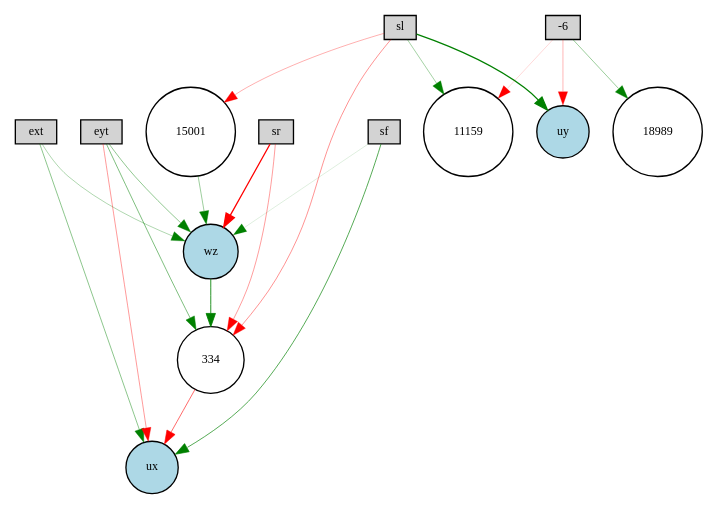
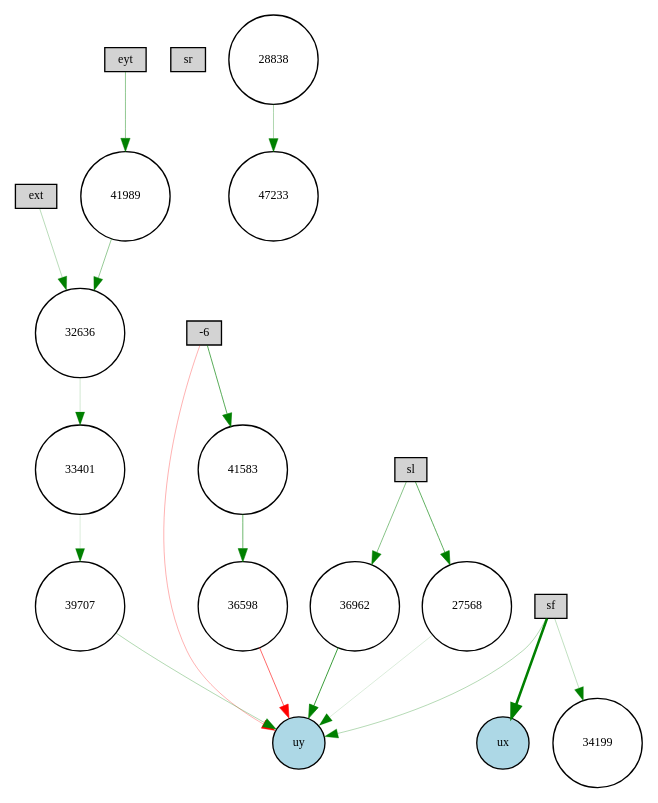
The diagram in pictures_ff/winner-feedforward-enabled.gv (KaiL4eK/autopilot_simulator), drawn with Graphviz before and after one commit. The commit also changed 22 other files, not shown here.

```diff
--- a/pictures_ff/winner-feedforward-enabled.gv
+++ b/pictures_ff/winner-feedforward-enabled.gv
@@ -1,35 +1,40 @@
 digraph {
 	node [fontsize=9 height=0.2 shape=circle width=0.2]
 	ext [fillcolor=lightgray shape=box style=filled]
 	eyt [fillcolor=lightgray shape=box style=filled]
 	sf [fillcolor=lightgray shape=box style=filled]
 	sl [fillcolor=lightgray shape=box style=filled]
 	sr [fillcolor=lightgray shape=box style=filled]
 	-6 [fillcolor=lightgray shape=box style=filled]
 	ux [fillcolor=lightblue style=filled]
 	uy [fillcolor=lightblue style=filled]
-	wz [fillcolor=lightblue style=filled]
-	18989 [fillcolor=white style=filled]
-	334 [fillcolor=white style=filled]
-	11159 [fillcolor=white style=filled]
-	15001 [fillcolor=white style=filled]
-	ext -> wz [color=green penwidth=0.23900137551456396 style=solid]
-	ext -> ux [color=green penwidth=0.3443340158729258 style=solid]
-	sr -> 334 [color=red penwidth=0.29239643180974584 style=solid]
-	sl -> 11159 [color=green penwidth=0.26736552740419195 style=solid]
-	eyt -> wz [color=green penwidth=0.3328007445047366 style=solid]
-	334 -> ux [color=red penwidth=0.43684043126163496 style=solid]
-	-6 -> 18989 [color=green penwidth=0.2967800159484826 style=solid]
-	wz -> 334 [color=green penwidth=0.6401219534015401 style=solid]
-	sl -> 15001 [color=red penwidth=0.2384541579233746 style=solid]
-	eyt -> ux [color=red penwidth=0.3047300593496938 style=solid]
-	-6 -> uy [color=red penwidth=0.21523687563739113 style=solid]
-	eyt -> 334 [color=green penwidth=0.37726660190401584 style=solid]
-	-6 -> 11159 [color=red penwidth=0.12102759410361497 style=solid]
-	sf -> ux [color=green penwidth=0.49999887689491507 style=solid]
-	sf -> wz [color=green penwidth=0.10220398020158174 style=solid]
-	sl -> 334 [color=red penwidth=0.3182732588320786 style=solid]
-	15001 -> wz [color=green penwidth=0.28598725032388894 style=solid]
-	sl -> uy [color=green penwidth=0.9647309892731878 style=solid]
-	sr -> wz [color=red penwidth=0.9840537086505275 style=solid]
+	36962 [fillcolor=white style=filled]
+	47233 [fillcolor=white style=filled]
+	41989 [fillcolor=white style=filled]
+	28838 [fillcolor=white style=filled]
+	41583 [fillcolor=white style=filled]
+	27568 [fillcolor=white style=filled]
+	36598 [fillcolor=white style=filled]
+	34199 [fillcolor=white style=filled]
+	33401 [fillcolor=white style=filled]
+	39707 [fillcolor=white style=filled]
+	32636 [fillcolor=white style=filled]
+	41583 -> 36598 [color=green penwidth=0.4342254883824799 style=solid]
+	39707 -> uy [color=green penwidth=0.22868279035476588 style=solid]
+	-6 -> uy [color=red penwidth=0.2304654631950279 style=solid]
+	sl -> 27568 [color=green penwidth=0.472774029843394 style=solid]
+	28838 -> 47233 [color=green penwidth=0.23979076801682295 style=solid]
+	27568 -> uy [color=green penwidth=0.10621836695006191 style=solid]
+	sf -> uy [color=green penwidth=0.21920428930650188 style=solid]
+	36962 -> uy [color=green penwidth=0.5840343848419789 style=solid]
+	eyt -> 41989 [color=green penwidth=0.33045458599188393 style=solid]
+	36598 -> uy [color=red penwidth=0.43643781859409014 style=solid]
+	-6 -> 41583 [color=green penwidth=0.4942879895582908 style=solid]
+	ext -> 32636 [color=green penwidth=0.20907056623502984 style=solid]
+	sf -> ux [color=green penwidth=1.9203585841159858 style=solid]
+	33401 -> 39707 [color=green penwidth=0.10904640604263564 style=solid]
+	sl -> 36962 [color=green penwidth=0.3578812130348087 style=solid]
+	41989 -> 32636 [color=green penwidth=0.3067120535388552 style=solid]
+	32636 -> 33401 [color=green penwidth=0.14340991716926563 style=solid]
+	sf -> 34199 [color=green penwidth=0.18769441783277319 style=solid]
 }
```
